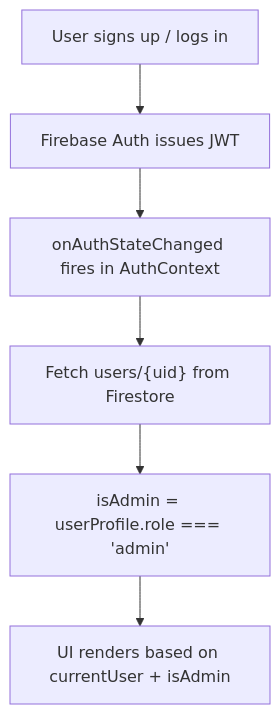
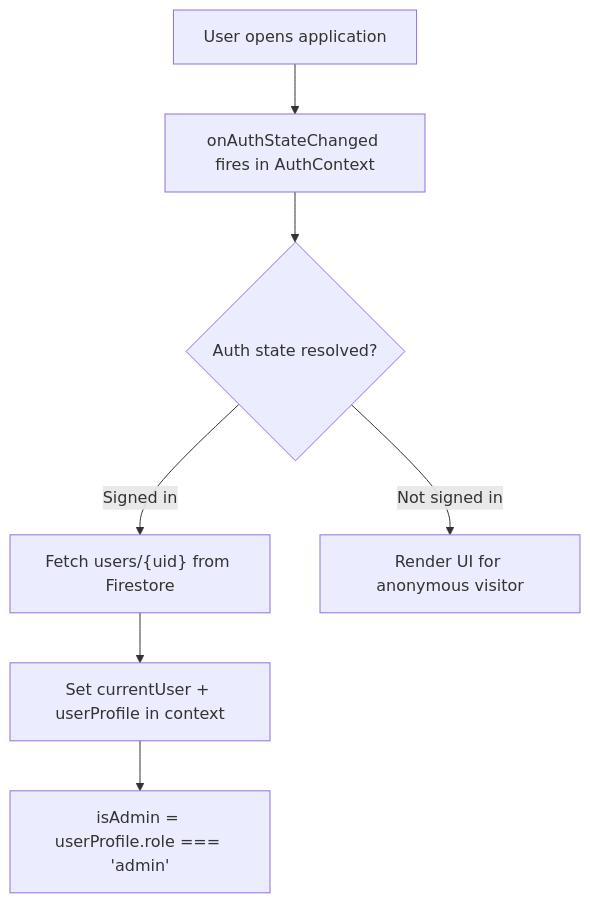
One commit to Oweeboi011/mms-open-climbs changed the tenth of 13 diagrams in docs/ARCHITECTURE.md. Above: the diagram before and after it, drawn with Mermaid. The commit also changed other lines of this file and 16 other files, not shown here.

````diff
--- a/docs/ARCHITECTURE.md
+++ b/docs/ARCHITECTURE.md
@@ -134,11 +334,16 @@
 ```mermaid
 flowchart TD
-    A["User signs up / logs in"]
-    B["Firebase Auth issues JWT"]
+    A["User opens application"]
+    B{"Auth state resolved?"}
     C["onAuthStateChanged fires in AuthContext"]
     D["Fetch users/{uid} from Firestore"]
-    E["isAdmin = userProfile.role === 'admin'"]
-    F["UI renders based on currentUser + isAdmin"]
+    E["Set currentUser + userProfile in context"]
+    F["isAdmin = userProfile.role === 'admin'"]
+    G["Render UI for anonymous visitor"]
 
-    A --> B --> C --> D --> E --> F
+    A --> C
+    C --> B
+    B -- "Signed in" --> D
+    D --> E --> F
+    B -- "Not signed in" --> G
 ```
````
